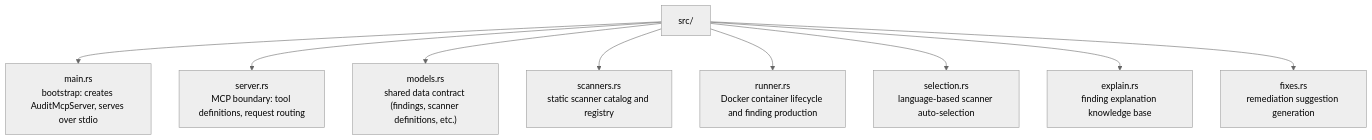
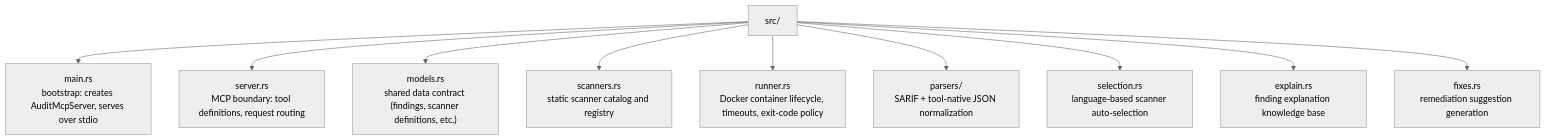
The first of 2 diagrams in docs/ARCHITECTURE.md (mbround18/audit-mcp), drawn with Mermaid (neutral theme) before and after one commit. The commit also changed other lines of this file and 33 other files, not shown here.

````diff
--- a/docs/ARCHITECTURE.md
+++ b/docs/ARCHITECTURE.md
@@ -9,11 +9,12 @@
 ```mermaid
 flowchart TD
     SRC["src/"] --> MAIN["main.rs<br/>bootstrap: creates AuditMcpServer, serves over stdio"]
     SRC --> SERVER["server.rs<br/>MCP boundary: tool definitions, request routing"]
     SRC --> MODELS["models.rs<br/>shared data contract (findings, scanner definitions, etc.)"]
     SRC --> SCANNERS["scanners.rs<br/>static scanner catalog and registry"]
-    SRC --> RUNNER["runner.rs<br/>Docker container lifecycle and finding production"]
+    SRC --> RUNNER["runner.rs<br/>Docker container lifecycle, timeouts, exit-code policy"]
+    SRC --> PARSERS["parsers/<br/>SARIF + tool-native JSON normalization"]
     SRC --> SELECTION["selection.rs<br/>language-based scanner auto-selection"]
     SRC --> EXPLAIN["explain.rs<br/>finding explanation knowledge base"]
     SRC --> FIXES["fixes.rs<br/>remediation suggestion generation"]
 ```
````
